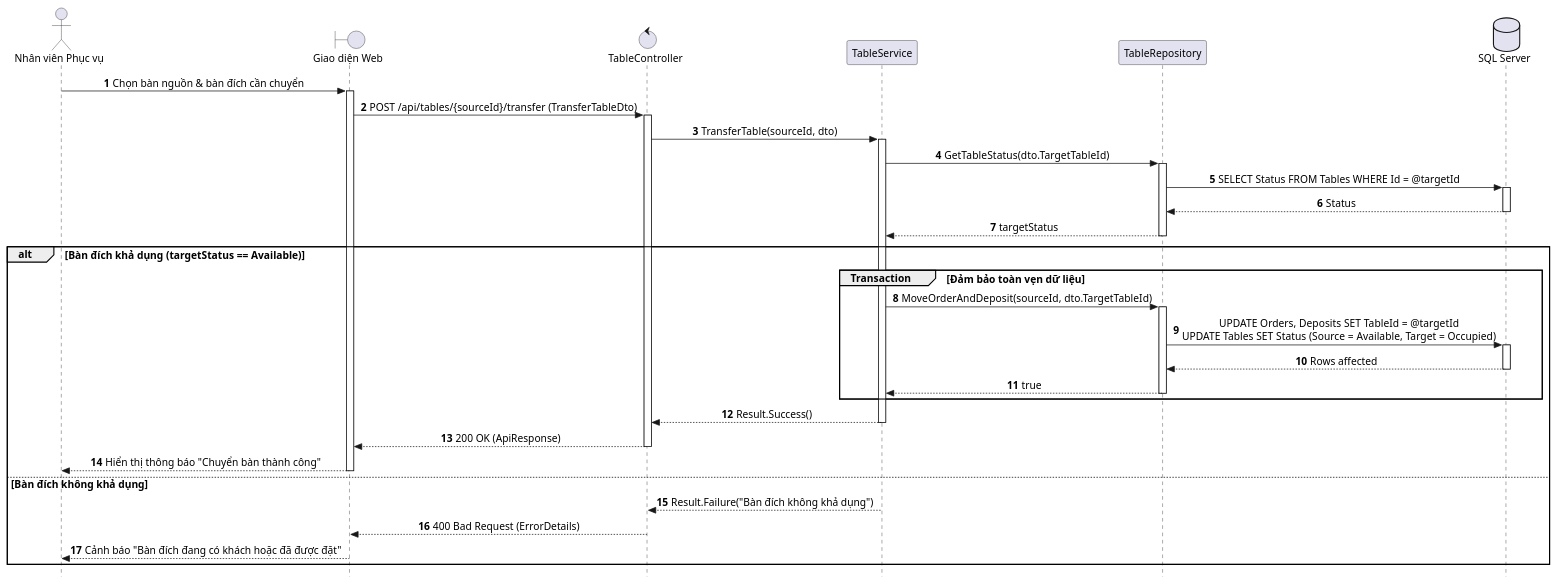
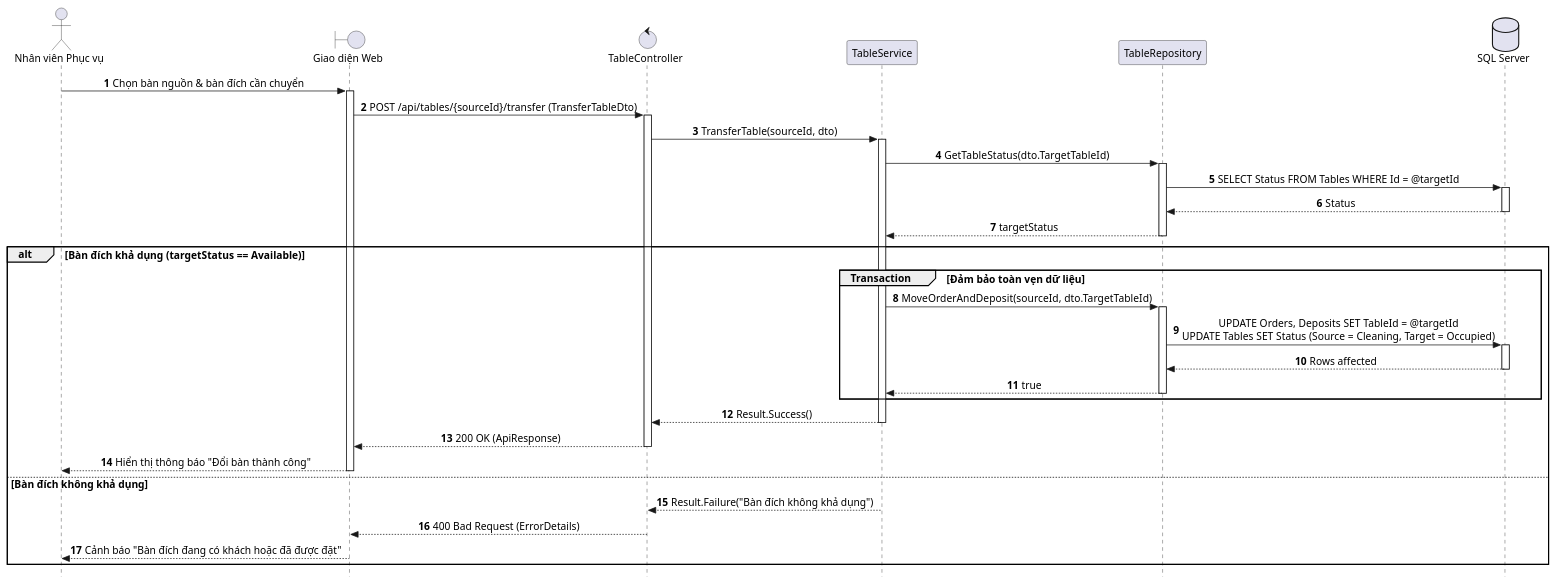
The diagram in docs/puml/sequences/SD_UC_E4_Transfer_Table.puml (AndrewQng/VinDining), drawn with PlantUML before and after one commit. The commit also changed 179 other files, not shown here.

First line of the commit message:
docs: align diagrams with the analysis report

```diff
--- a/docs/puml/sequences/SD_UC_E4_Transfer_Table.puml
+++ b/docs/puml/sequences/SD_UC_E4_Transfer_Table.puml
@@ -1,43 +1,43 @@
 @startuml SD_UC_E4_1_Transfer_Table
 autonumber
 skinparam style strictuml
 skinparam sequenceMessageAlign center
 skinparam responseMessageBelowArrow true
 skinparam defaultFontName "Segoe UI", Arial, sans-serif
 skinparam defaultFontSize 14
 
 autoactivate on
 
 actor "Nhân viên Phục vụ" as Waitstaff
 boundary "Giao diện Web" as UI
 control "TableController" as Controller
 participant "TableService" as Service
 participant "TableRepository" as Repo
 database "SQL Server" as DB
 
 Waitstaff -> UI: Chọn bàn nguồn & bàn đích cần chuyển
 UI -> Controller: POST /api/tables/{sourceId}/transfer (TransferTableDto)
 Controller -> Service: TransferTable(sourceId, dto)
 
 Service -> Repo: GetTableStatus(dto.TargetTableId)
 Repo -> DB: SELECT Status FROM Tables WHERE Id = @targetId
 DB --> Repo: Status
 Repo --> Service: targetStatus
 
 alt Bàn đích khả dụng (targetStatus == Available)
     group Transaction [Đảm bảo toàn vẹn dữ liệu]
         Service -> Repo: MoveOrderAndDeposit(sourceId, dto.TargetTableId)
-        Repo -> DB: UPDATE Orders, Deposits SET TableId = @targetId\nUPDATE Tables SET Status (Source = Available, Target = Occupied)
+        Repo -> DB: UPDATE Orders, Deposits SET TableId = @targetId\nUPDATE Tables SET Status (Source = Cleaning, Target = Occupied)
         DB --> Repo: Rows affected
         Repo --> Service: true
     end
     Service --> Controller: Result.Success()
     Controller --> UI: 200 OK (ApiResponse)
-    UI --> Waitstaff: Hiển thị thông báo "Chuyển bàn thành công"
+    UI --> Waitstaff: Hiển thị thông báo "Đổi bàn thành công"
 else Bàn đích không khả dụng
     Service --> Controller: Result.Failure("Bàn đích không khả dụng")
     Controller --> UI: 400 Bad Request (ErrorDetails)
     UI --> Waitstaff: Cảnh báo "Bàn đích đang có khách hoặc đã được đặt"
 end
 
 @enduml
```
